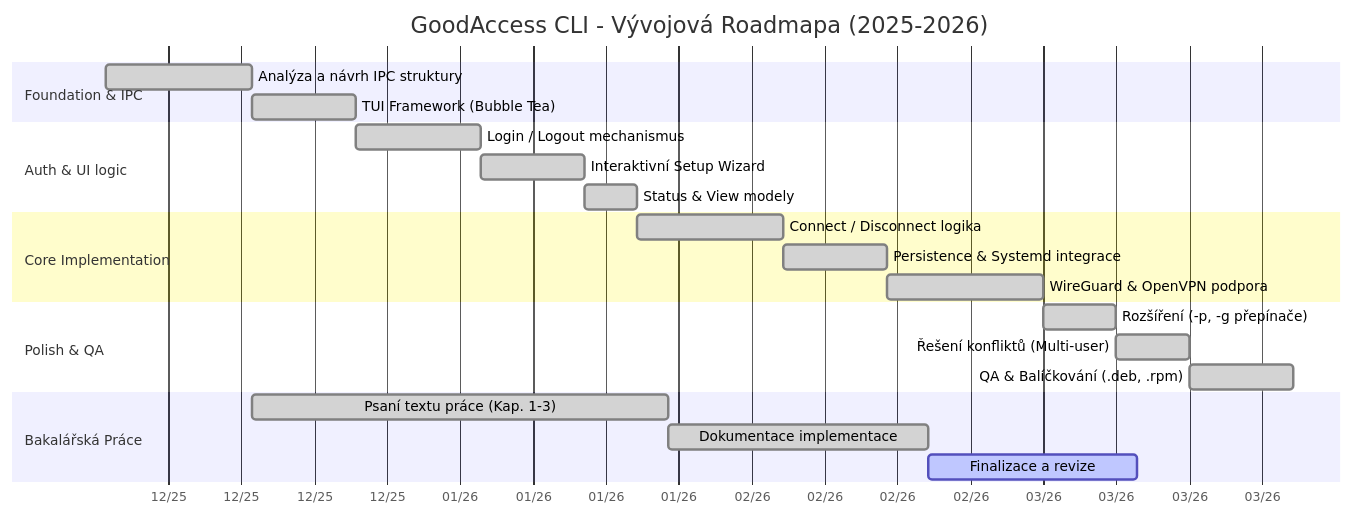
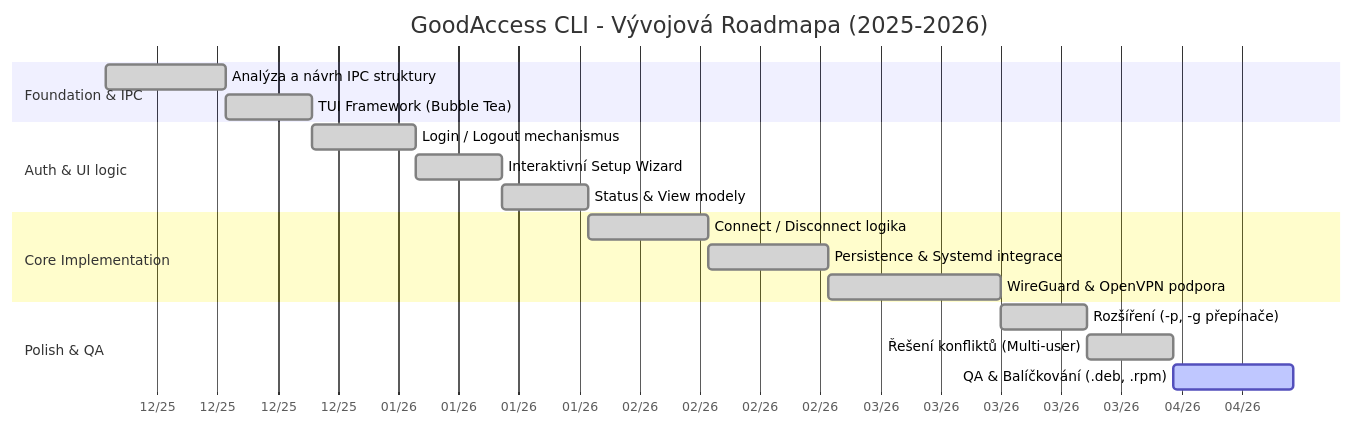
The fourth of 4 diagrams in README.md (ValdemarPospisil/Bachelors), drawn with Mermaid before and after one commit. The commit also changed other lines of this file, not shown here.

````diff
--- a/README.md
+++ b/README.md
@@ -165,30 +168,25 @@
 ```mermaid
 gantt
     title GoodAccess CLI - Vývojová Roadmapa (2025-2026)
     dateFormat  YYYY-MM-DD
     axisFormat  %m/%y
     
     section Foundation & IPC
     Analýza a návrh IPC struktury :done, init, 2025-12-01, 14d
     TUI Framework (Bubble Tea)    :done, tui, after init, 10d
     
     section Auth & UI logic
     Login / Logout mechanismus    :done, login, after tui, 12d
     Interaktivní Setup Wizard     :done, setup, after login, 10d
-    Status & View modely          :done, stat, after setup, 5d
+    Status & View modely          :done, stat, after setup, 10d
 
     section Core Implementation
     Connect / Disconnect logika   :done, conn, after stat, 14d
-    Persistence & Systemd integrace:done, pers, after conn, 10d
-    WireGuard & OpenVPN podpora   :done, vpn, after pers, 15d
+    Persistence & Systemd integrace:done, pers, after conn, 14d
+    WireGuard & OpenVPN podpora   :done, vpn, after pers, 20d
 
     section Polish & QA
-    Rozšíření (-p, -g přepínače)  :done, enh, after vpn, 7d
-    Řešení konfliktů (Multi-user) :done, conf, after enh, 7d
-    QA & Balíčkování (.deb, .rpm) :done, rel, after conf, 10d
-
-    section Bakalářská Práce
-    Psaní textu práce (Kap. 1-3)  :done, doc1, 2025-12-15, 40d
-    Dokumentace implementace      :done, doc2, after doc1, 25d
-    Finalizace a revize           :active, doc3, after doc2, 20d
+    Rozšíření (-p, -g přepínače)  :done, enh, after vpn, 10d
+    Řešení konfliktů (Multi-user) :done, conf, after enh, 10d
+    QA & Balíčkování (.deb, .rpm) :active, rel, after conf, 14d
 ```
````
